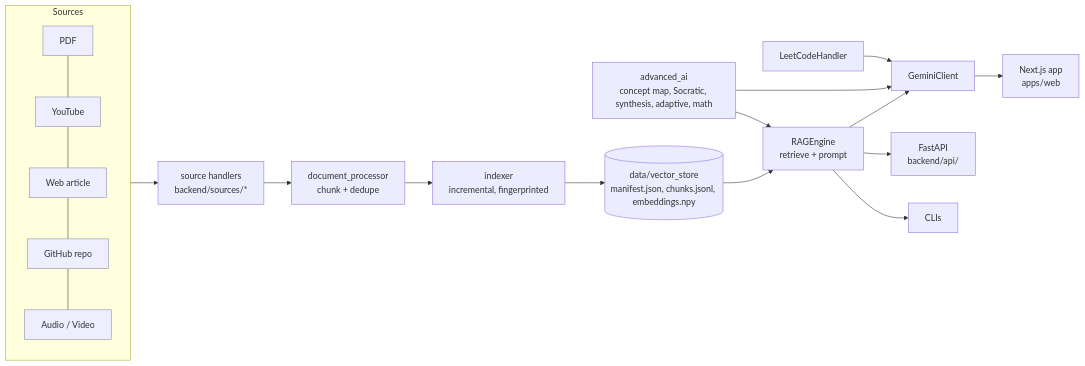
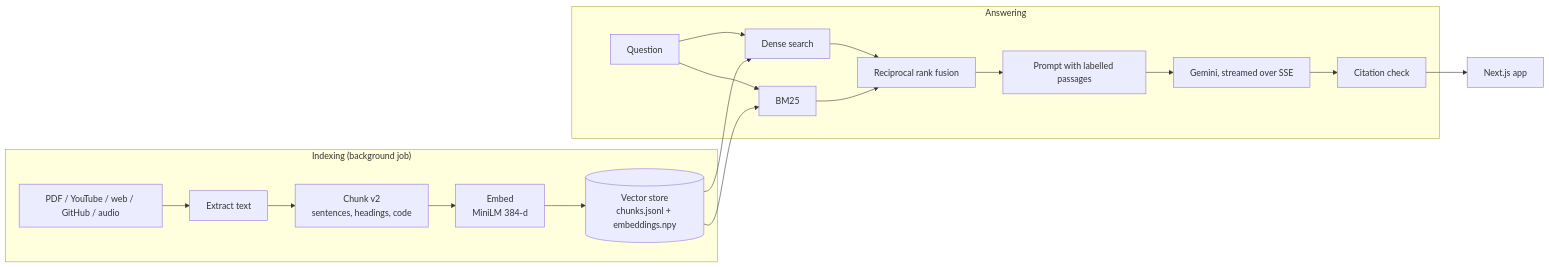
The diagram in README.md (moh0405/Lectern), drawn with Mermaid before and after one commit. The commit also changed other lines of this file and 21 other files, not shown here.

First line of the commit message:
Docs: portfolio README, architecture, concepts, phase write-ups and API reference

````diff
--- a/README.md
+++ b/README.md
@@ -113,19 +56,21 @@
 ```mermaid
 flowchart LR
-    subgraph Sources
-        PDF[PDF]:::s --- YT[YouTube]:::s --- WEB[Web article]:::s --- GH[GitHub repo]:::s --- AU[Audio / Video]:::s
-    end
-    Sources --> SM[source handlers<br/>backend/sources/*]
-    SM --> DP[document_processor<br/>chunk + dedupe]
-    DP --> IX[indexer<br/>incremental, fingerprinted]
-    IX --> VS[(data/vector_store<br/>manifest.json, chunks.jsonl, embeddings.npy)]
-    VS --> RAG[RAGEngine<br/>retrieve + prompt]
-    RAG --> LLM[GeminiClient]
-    ADV[advanced_ai<br/>concept map, Socratic, synthesis, adaptive, math] --> RAG
-    ADV --> LLM
-    LC[LeetCodeHandler] --> LLM
-    LLM --> UI[Next.js app<br/>apps/web]
-    RAG --> API[FastAPI<br/>backend/api/]
-    RAG --> CLI[CLIs]
-    classDef s fill:#eef,stroke:#88a;
+  subgraph Index["Indexing (background job)"]
+    S[PDF / YouTube / web / GitHub / audio] --> X[Extract text]
+    X --> C[Chunk v2<br/>sentences, headings, code]
+    C --> E[Embed<br/>MiniLM 384-d]
+    E --> V[(Vector store<br/>chunks.jsonl + embeddings.npy)]
+  end
+  subgraph Answer["Answering"]
+    Q[Question] --> D[Dense search]
+    Q --> B[BM25]
+    V --> D
+    V --> B
+    D --> F[Reciprocal rank fusion]
+    B --> F
+    F --> P[Prompt with labelled passages]
+    P --> G[Gemini, streamed over SSE]
+    G --> K[Citation check]
+  end
+  K --> UI[Next.js app]
 ```
````
